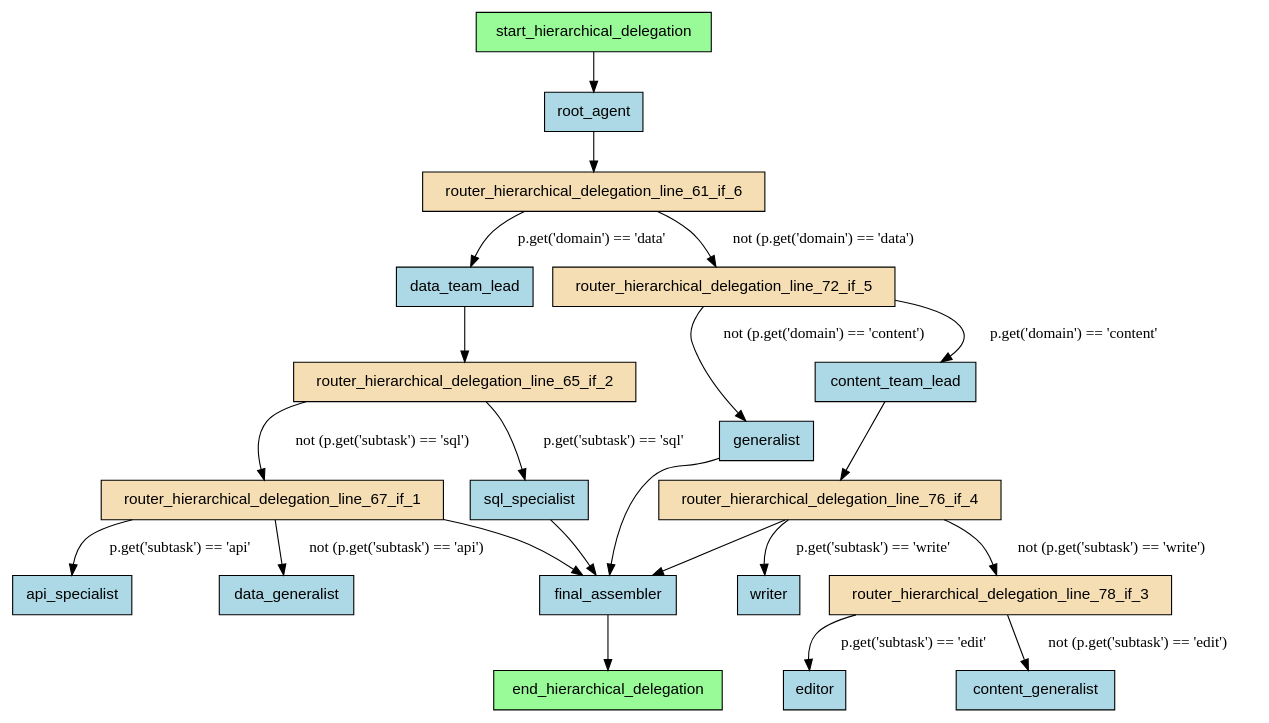
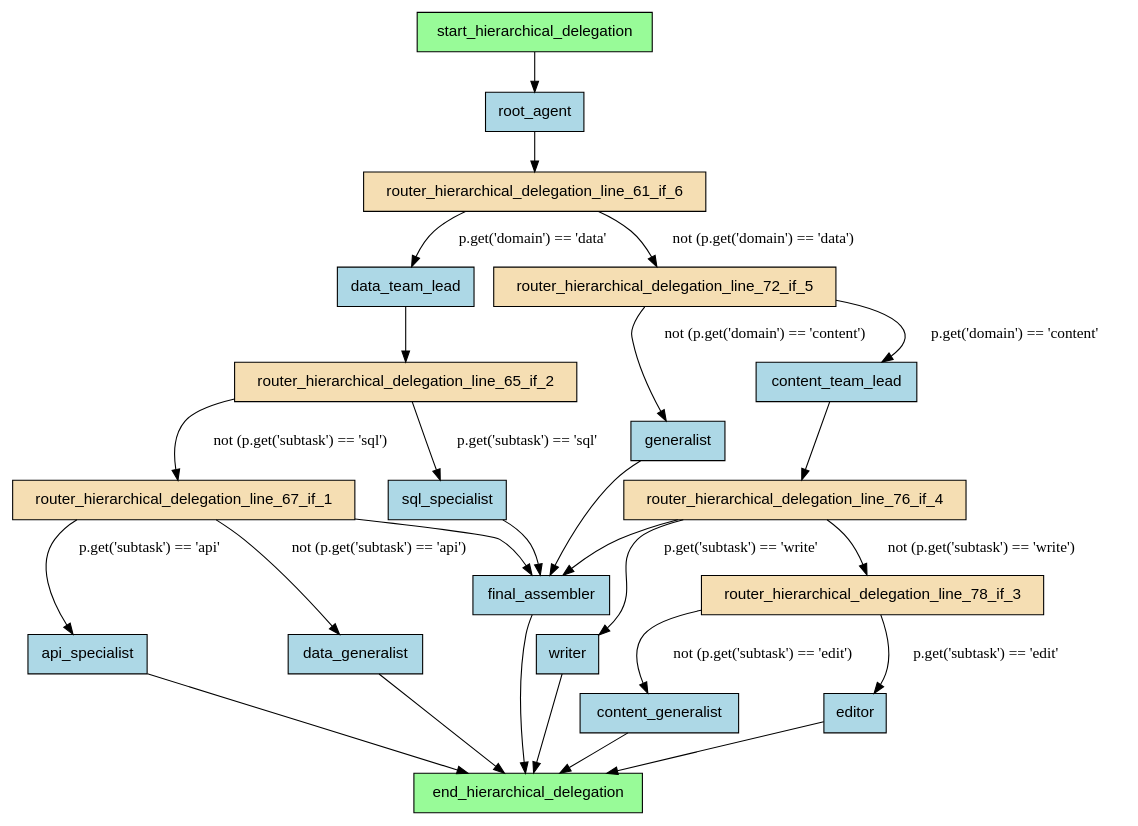
One commit to deliveryhero/asya changed the diagram in examples/flows/agentic/compiled/hierarchical_delegation/flow.dot. Above: the diagram before and after it, drawn with Graphviz. The commit also changed 142 other files, not shown here.

```diff
--- a/examples/flows/agentic/compiled/hierarchical_delegation/flow.dot
+++ b/examples/flows/agentic/compiled/hierarchical_delegation/flow.dot
@@ -1,46 +1,51 @@
 digraph "hierarchical_delegation" {
     rankdir=TB;
     node [shape=box, style=filled, fontname="Helvetica"];
 
     api_specialist [label="api_specialist", fillcolor=lightblue];
     content_generalist [label="content_generalist", fillcolor=lightblue];
     content_team_lead [label="content_team_lead", fillcolor=lightblue];
     data_generalist [label="data_generalist", fillcolor=lightblue];
     data_team_lead [label="data_team_lead", fillcolor=lightblue];
     editor [label="editor", fillcolor=lightblue];
     end_hierarchical_delegation [label="end_hierarchical_delegation", fillcolor=palegreen];
     final_assembler [label="final_assembler", fillcolor=lightblue];
     generalist [label="generalist", fillcolor=lightblue];
     root_agent [label="root_agent", fillcolor=lightblue];
     router_hierarchical_delegation_line_61_if_6 [label="router_hierarchical_delegation_line_61_if_6", fillcolor=wheat];
     router_hierarchical_delegation_line_65_if_2 [label="router_hierarchical_delegation_line_65_if_2", fillcolor=wheat];
     router_hierarchical_delegation_line_67_if_1 [label="router_hierarchical_delegation_line_67_if_1", fillcolor=wheat];
     router_hierarchical_delegation_line_72_if_5 [label="router_hierarchical_delegation_line_72_if_5", fillcolor=wheat];
     router_hierarchical_delegation_line_76_if_4 [label="router_hierarchical_delegation_line_76_if_4", fillcolor=wheat];
     router_hierarchical_delegation_line_78_if_3 [label="router_hierarchical_delegation_line_78_if_3", fillcolor=wheat];
     sql_specialist [label="sql_specialist", fillcolor=lightblue];
     start_hierarchical_delegation [label="start_hierarchical_delegation", fillcolor=palegreen];
     writer [label="writer", fillcolor=lightblue];
 
     start_hierarchical_delegation -> root_agent;
     root_agent -> router_hierarchical_delegation_line_61_if_6;
     router_hierarchical_delegation_line_67_if_1 -> api_specialist [label="p.get('subtask') == 'api'"];
     router_hierarchical_delegation_line_67_if_1 -> data_generalist [label="not (p.get('subtask') == 'api')"];
     router_hierarchical_delegation_line_65_if_2 -> sql_specialist [label="p.get('subtask') == 'sql'"];
     router_hierarchical_delegation_line_65_if_2 -> router_hierarchical_delegation_line_67_if_1 [label="not (p.get('subtask') == 'sql')"];
     router_hierarchical_delegation_line_78_if_3 -> editor [label="p.get('subtask') == 'edit'"];
     router_hierarchical_delegation_line_78_if_3 -> content_generalist [label="not (p.get('subtask') == 'edit')"];
     router_hierarchical_delegation_line_76_if_4 -> writer [label="p.get('subtask') == 'write'"];
     router_hierarchical_delegation_line_76_if_4 -> router_hierarchical_delegation_line_78_if_3 [label="not (p.get('subtask') == 'write')"];
     router_hierarchical_delegation_line_72_if_5 -> content_team_lead [label="p.get('domain') == 'content'"];
     content_team_lead -> router_hierarchical_delegation_line_76_if_4;
     router_hierarchical_delegation_line_72_if_5 -> generalist [label="not (p.get('domain') == 'content')"];
     router_hierarchical_delegation_line_61_if_6 -> data_team_lead [label="p.get('domain') == 'data'"];
     data_team_lead -> router_hierarchical_delegation_line_65_if_2;
     router_hierarchical_delegation_line_61_if_6 -> router_hierarchical_delegation_line_72_if_5 [label="not (p.get('domain') == 'data')"];
     sql_specialist -> final_assembler;
     router_hierarchical_delegation_line_67_if_1 -> final_assembler;
     router_hierarchical_delegation_line_76_if_4 -> final_assembler;
     generalist -> final_assembler;
+    api_specialist -> end_hierarchical_delegation;
+    content_generalist -> end_hierarchical_delegation;
+    data_generalist -> end_hierarchical_delegation;
+    editor -> end_hierarchical_delegation;
     final_assembler -> end_hierarchical_delegation;
+    writer -> end_hierarchical_delegation;
 }
```
